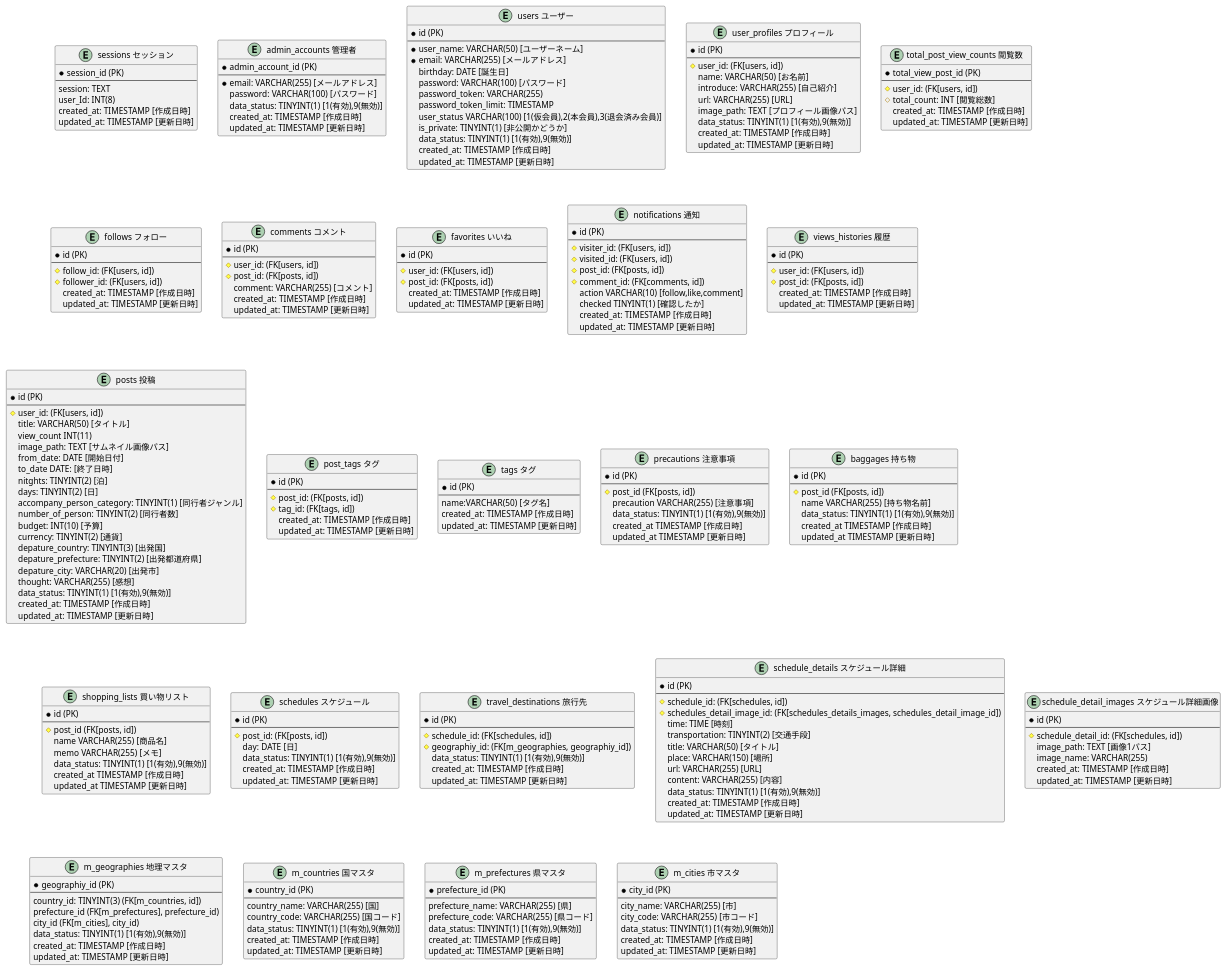
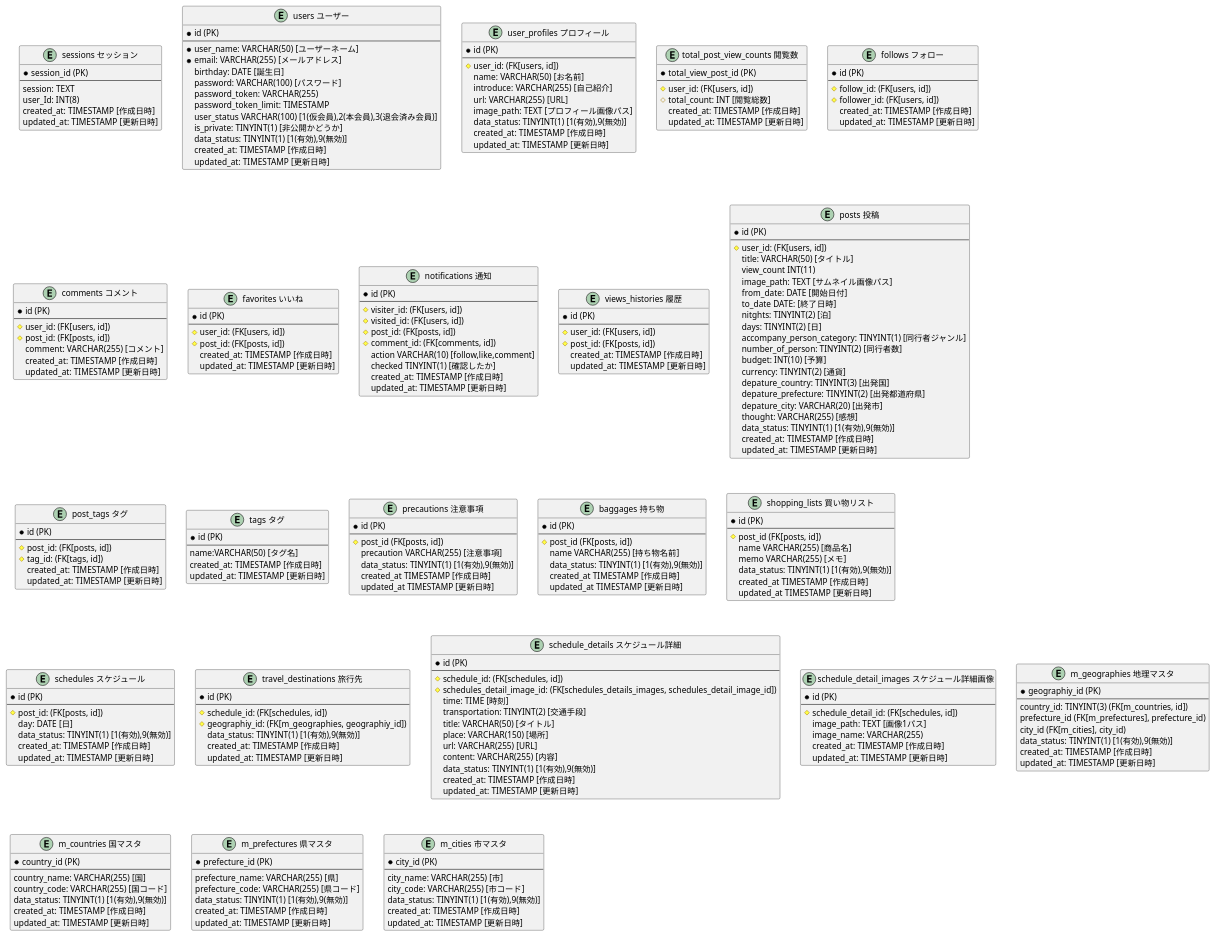
The diagram in Doc/ER/entities.pu (k-0523/travel-roadmap), drawn with PlantUML before and after one commit. The commit also changed 1 other file, not shown here.

Commit message:
fix er図

```diff
--- a/Doc/ER/entities.pu
+++ b/Doc/ER/entities.pu
@@ -8,15 +8,15 @@
     updated_at: TIMESTAMP [更新日時]
 }
 
-entity "admin_accounts 管理者" as admin_accounts {
-    * admin_account_id (PK)
-    --
-    * email: VARCHAR(255) [メールアドレス]
-    password: VARCHAR(100) [パスワード]
-	data_status: TINYINT(1) [1(有効),9(無効)]
-    created_at: TIMESTAMP [作成日時]
-    updated_at: TIMESTAMP [更新日時]
-}
+' entity "admin_accounts 管理者" as admin_accounts {
+'     * admin_account_id (PK)
+'     --
+'     * email: VARCHAR(255) [メールアドレス]
+'     password: VARCHAR(100) [パスワード]
+' 	data_status: TINYINT(1) [1(有効),9(無効)]
+'     created_at: TIMESTAMP [作成日時]
+'     updated_at: TIMESTAMP [更新日時]
+' }
 
 entity "users ユーザー" as users {
     * id (PK)
```
